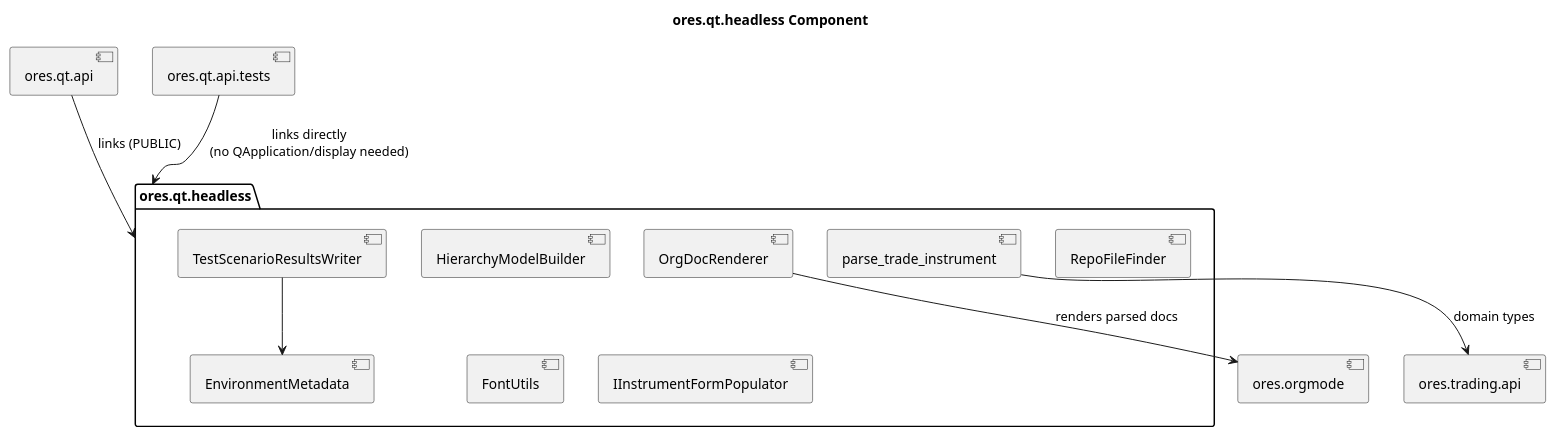
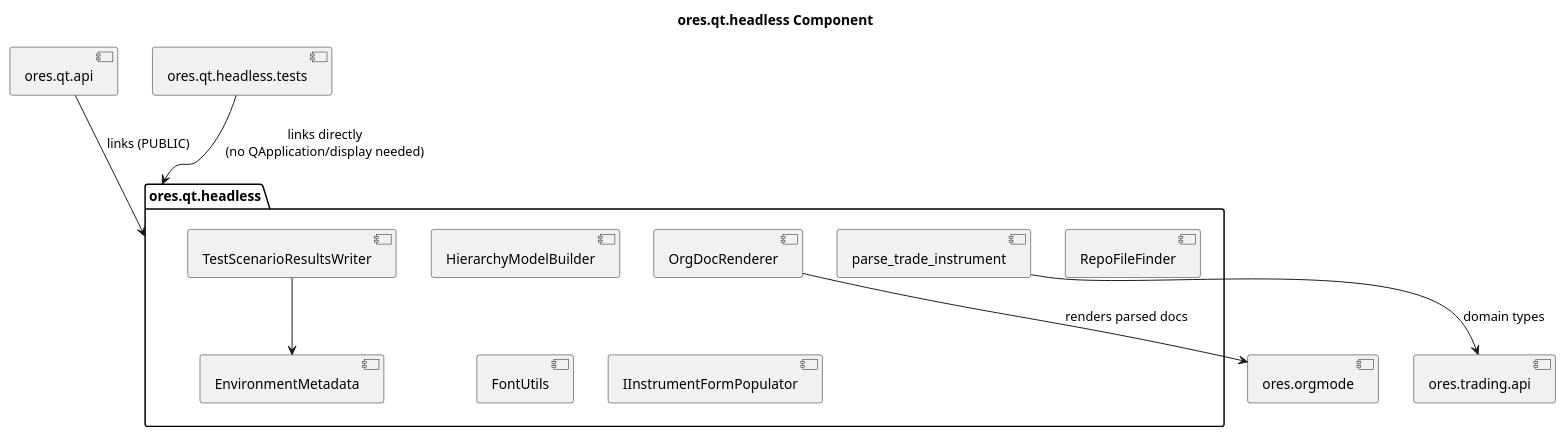
The diagram in projects/ores.qt/headless/modeling/ores.qt.headless.puml (OreStudio/OreStudio), drawn with PlantUML before and after one commit. The commit also changed 4 other files, not shown here.

```diff
--- a/projects/ores.qt/headless/modeling/ores.qt.headless.puml
+++ b/projects/ores.qt/headless/modeling/ores.qt.headless.puml
@@ -18,22 +18,22 @@
 @startuml
 
 title ores.qt.headless Component
 
 package "ores.qt.headless" {
   [OrgDocRenderer]
   [TestScenarioResultsWriter]
   [EnvironmentMetadata]
   [HierarchyModelBuilder]
   [RepoFileFinder]
   [FontUtils]
   [parse_trade_instrument]
   [IInstrumentFormPopulator]
 }
 
 [ores.qt.api] --> [ores.qt.headless] : links (PUBLIC)
-[ores.qt.api.tests] --> [ores.qt.headless] : links directly\n(no QApplication/display needed)
+[ores.qt.headless.tests] --> [ores.qt.headless] : links directly\n(no QApplication/display needed)
 [OrgDocRenderer] --> [ores.orgmode] : renders parsed docs
 [parse_trade_instrument] --> [ores.trading.api] : domain types
 [TestScenarioResultsWriter] --> [EnvironmentMetadata]
 
 @enduml
```
